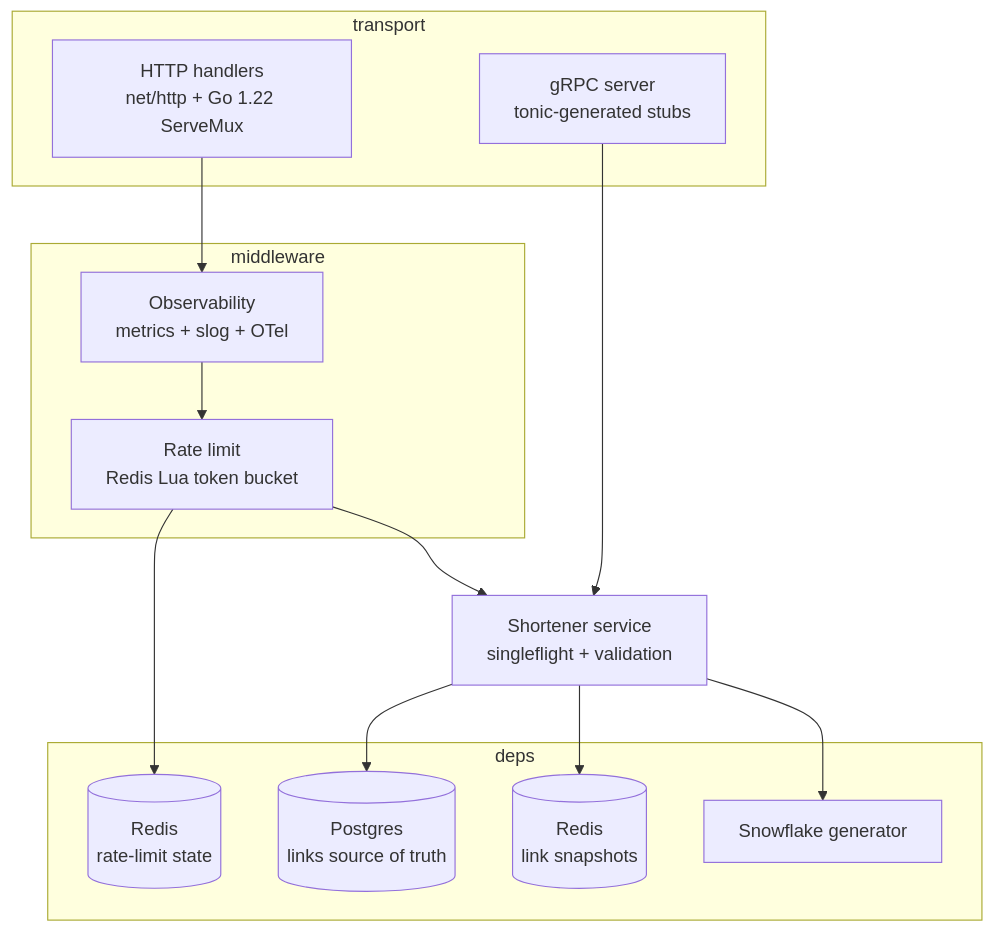
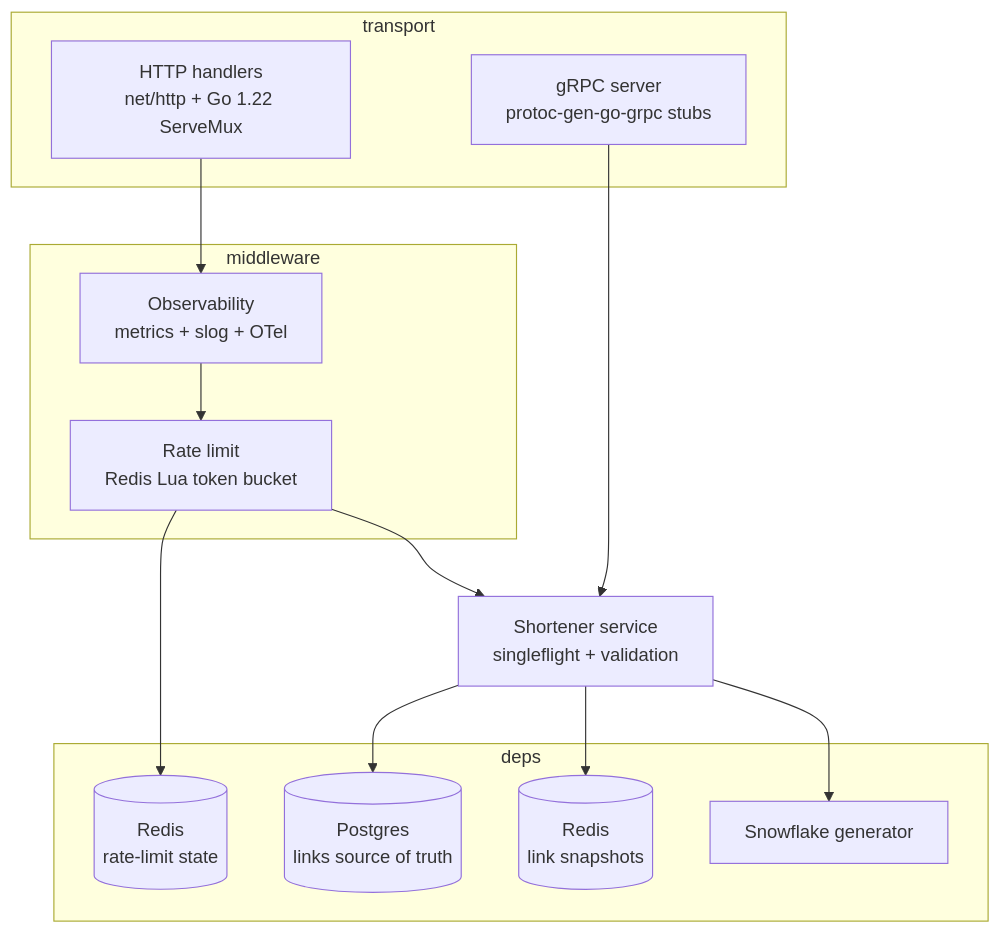
Before and after one commit to ISch-1/url-shortener: the second of 5 diagrams in docs/architecture.md, drawn with Mermaid. The commit also changed 20 other files, not shown here.

````diff
--- a/docs/architecture.md
+++ b/docs/architecture.md
@@ -21,28 +21,28 @@
 ```mermaid
 graph TB
     subgraph transport
         http[HTTP handlers<br/>net/http + Go 1.22 ServeMux]
-        grpc[gRPC server<br/>tonic-generated stubs]
+        grpc[gRPC server<br/>protoc-gen-go-grpc stubs]
     end
 
     subgraph middleware
         obs[Observability<br/>metrics + slog + OTel]
         rl[Rate limit<br/>Redis Lua token bucket]
     end
 
     svc[Shortener service<br/>singleflight + validation]
 
     subgraph deps
         cache[(Redis<br/>link snapshots)]
         redisrl[(Redis<br/>rate-limit state)]
         pg[(Postgres<br/>links source of truth)]
         gen[Snowflake generator]
     end
 
     http --> obs --> rl --> svc
     grpc --> svc
     svc --> gen
     svc --> cache
     svc --> pg
     rl --> redisrl
 ```
````
